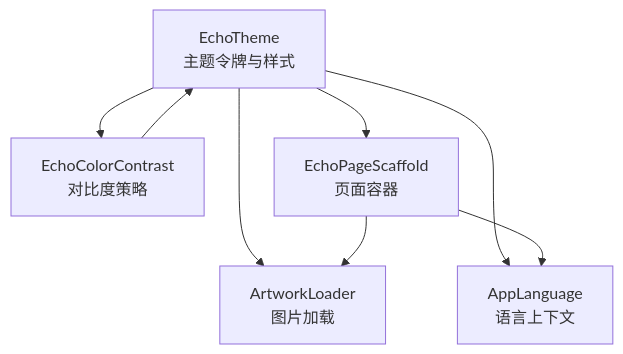
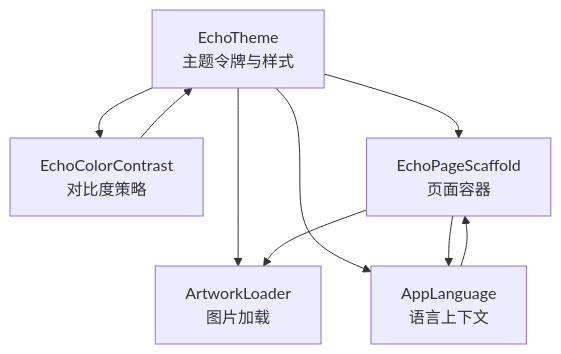
The second of 8 diagrams in .qoder/repowiki/zh/content/核心模块/设计系统模块 (core_designsystem).md (ysyhlly/Yukine-android), drawn with Mermaid before and after one commit. The commit also changed other lines of this file and 158 other files, not shown here.

````diff
--- a/.qoder/repowiki/zh/content/核心模块/设计系统模块 (core_designsystem).md
+++ b/.qoder/repowiki/zh/content/核心模块/设计系统模块 (core_designsystem).md
@@ -85,10 +96,11 @@
 ```mermaid
 graph TB
 Theme["EchoTheme<br/>主题令牌与样式"] --> Contrast["EchoColorContrast<br/>对比度策略"]
 Theme --> Scaffold["EchoPageScaffold<br/>页面容器"]
 Theme --> Image["ArtworkLoader<br/>图片加载"]
 Theme --> Lang["AppLanguage<br/>语言上下文"]
 Scaffold --> Image
 Scaffold --> Lang
 Contrast --> Theme
+Lang --> Scaffold
 ```
````
